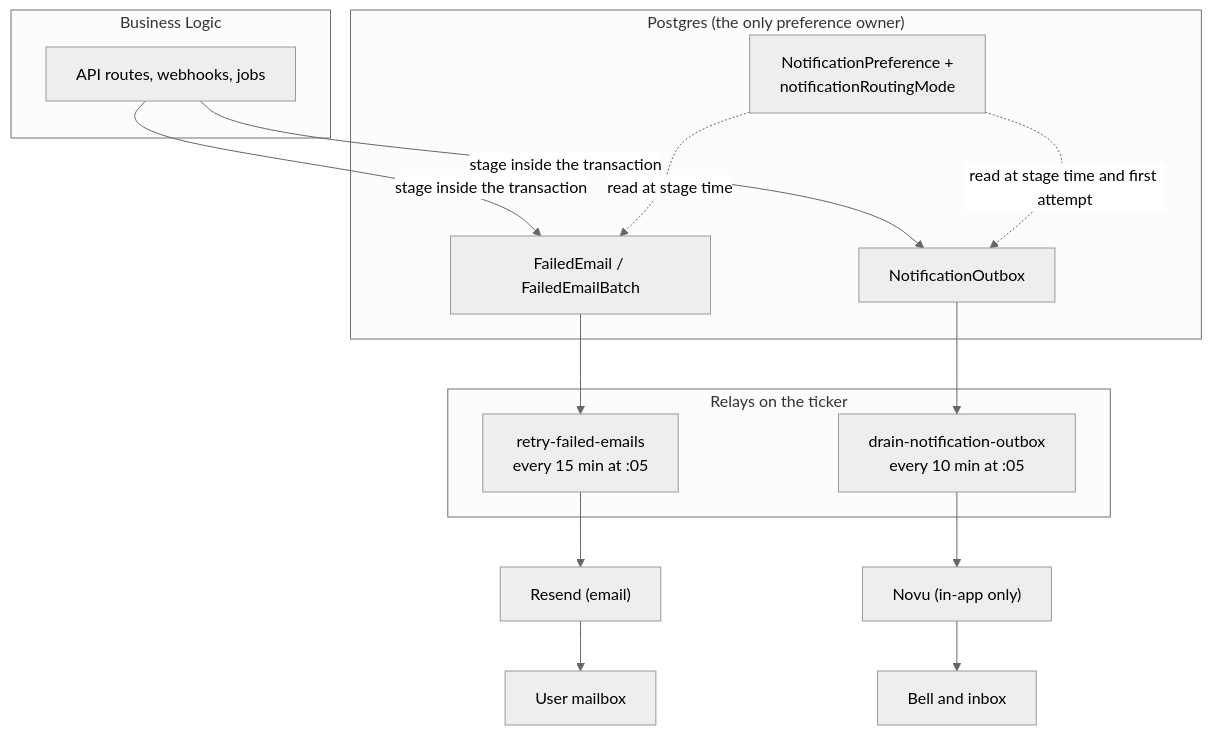
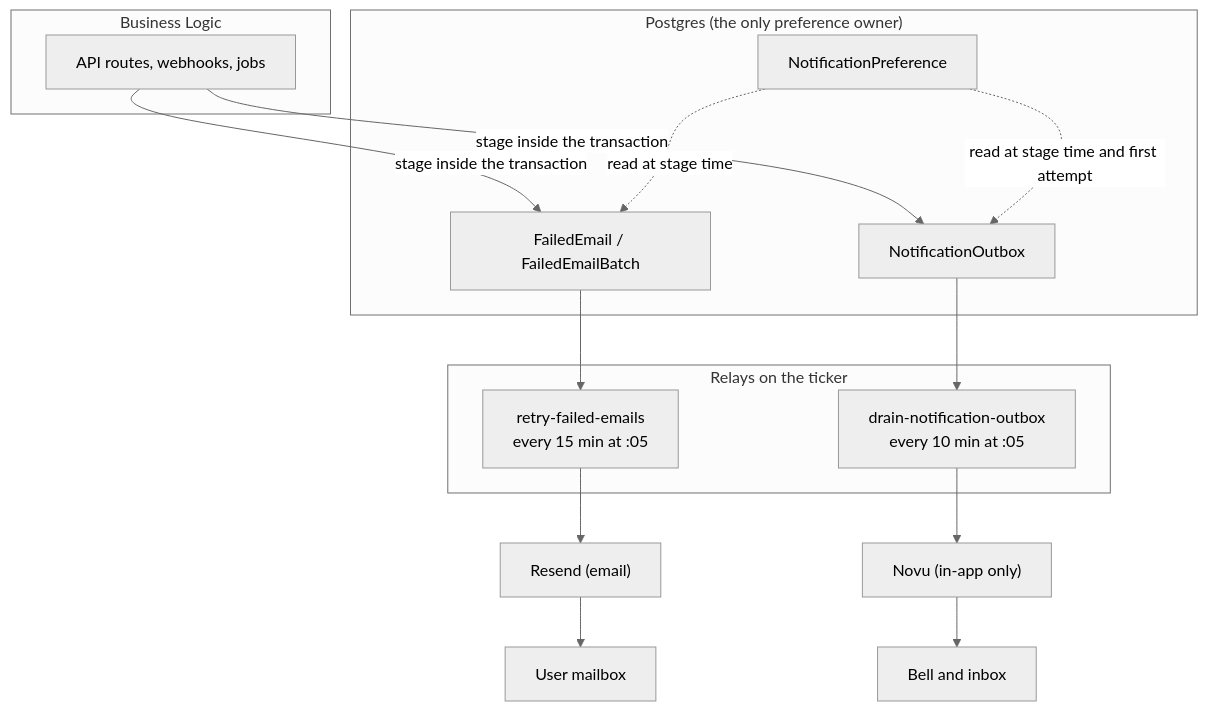
The diagram in docs/notifications/README.md (Practitionist/familiarise_web), drawn with Mermaid (neutral theme) before and after one commit. The commit also changed other lines of this file and 18 other files, not shown here.

````diff
--- a/docs/notifications/README.md
+++ b/docs/notifications/README.md
@@ -7,26 +7,26 @@
 ```mermaid
 graph TD
     subgraph "Business Logic"
         A["API routes, webhooks, jobs"]
     end
 
     subgraph "Postgres (the only preference owner)"
-        P["NotificationPreference +<br/>notificationRoutingMode"]
+        P["NotificationPreference"]
         FE["FailedEmail / FailedEmailBatch"]
         NO["NotificationOutbox"]
     end
 
     subgraph "Relays on the ticker"
         R1["retry-failed-emails<br/>every 15 min at :05"]
         R2["drain-notification-outbox<br/>every 10 min at :05"]
     end
 
     A -->|"stage inside the transaction"| FE
     A -->|"stage inside the transaction"| NO
     P -.->|"read at stage time and first attempt"| NO
     P -.->|"read at stage time"| FE
     FE --> R1 --> B["Resend (email)"]
     NO --> R2 --> C["Novu (in-app only)"]
     C --> D["Bell and inbox"]
     B --> F["User mailbox"]
 ```
````
